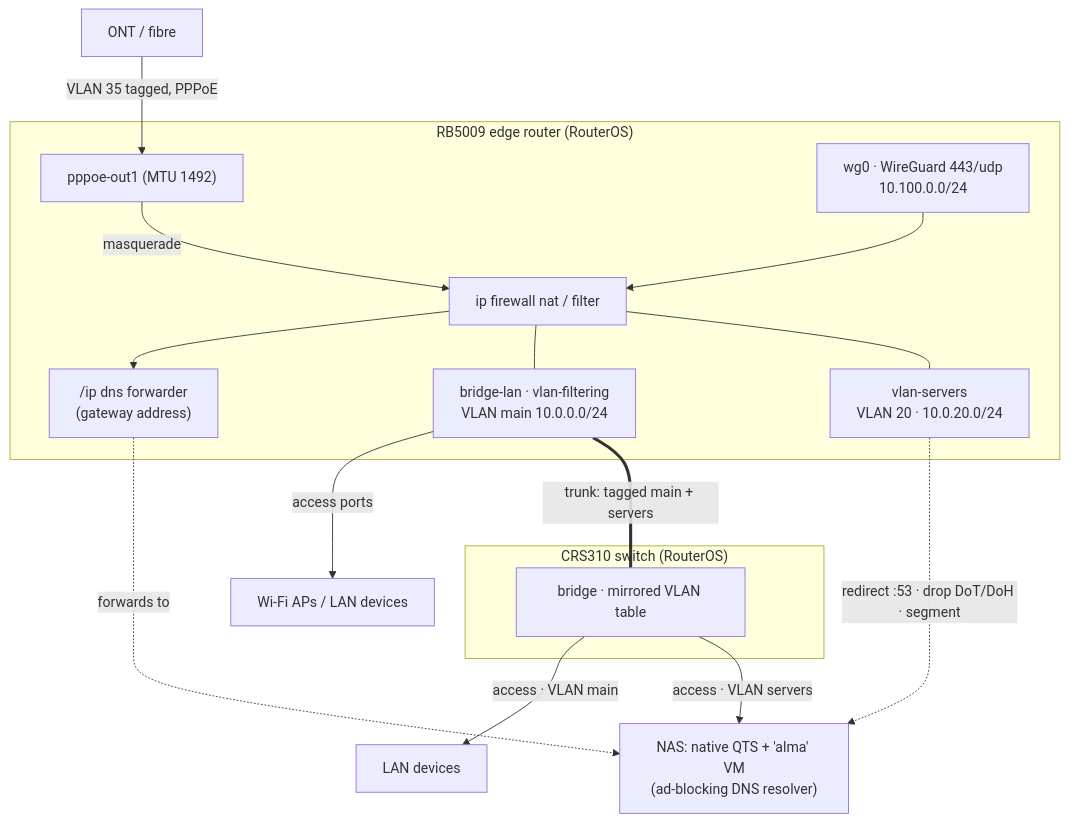
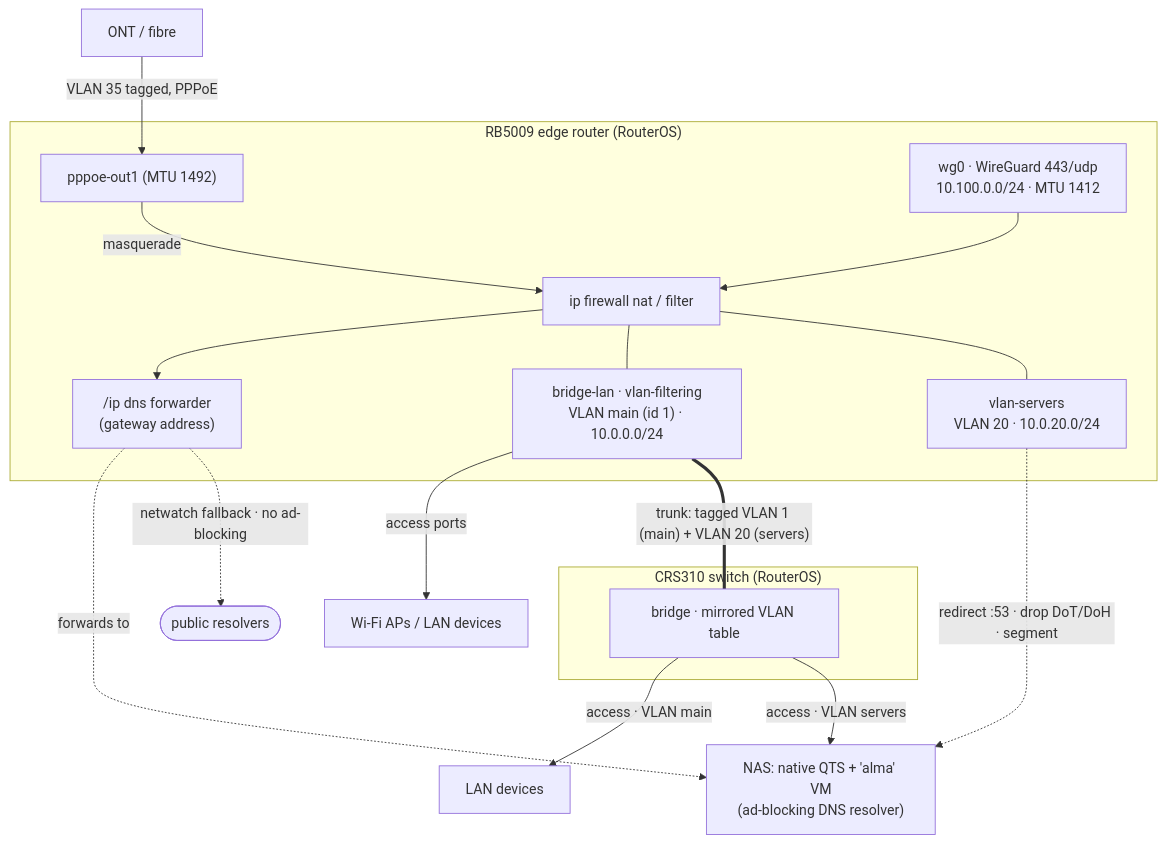
The diagram in README.md (KrzysztofKaletkaDev/ansible-network-template), drawn with Mermaid before and after one commit. The commit also changed other lines of this file, not shown here.

Commit message:
docs: make the README diagram state the facts the bootstrap note rests on
Verified the diagram against group_vars/all/vars.yml.example and the roles.
VLAN ids and subnets, the PPPoE uplink (VLAN 35, MTU 1492), the WireGuard
port and overlay subnet, and the trunk all matched. Three things were true in
the code but not visible in the diagram:

- VLAN main's id. The trunk rows in routeros_interfaces and routeros_switch
  put both VLANs in `tagged`, so VLAN 1 is tagged on the trunk. That is the
  fact the "bootstrap the CRS310 on a direct cable" note depends on, so both
  ids are now spelled out on the trunk edge and in a bullet next to it.
- WireGuard MTU 1412 (routeros_wg_mtu), alongside the PPPoE 1492 that was
  already shown. MSS clamping is mandatory on both interfaces.
- The Netwatch fallback edge to the public resolvers. ADR-0004 names losing
  ad-blocking during a resolver outage as a deliberate consequence; the
  diagram showed only the forward path.

````diff
--- a/README.md
+++ b/README.md
@@ -21,27 +21,28 @@
 ```mermaid
 graph TD
     ONT[ONT / fibre] -->|VLAN 35 tagged, PPPoE| PPP
 
     subgraph rb5009 ["RB5009 edge router (RouterOS)"]
         PPP["pppoe-out1 (MTU 1492)"] -->|masquerade| NAT
         NAT["ip firewall nat / filter"] --> RDNS["/ip dns forwarder<br/>(gateway address)"]
-        WG["wg0 · WireGuard 443/udp<br/>10.100.0.0/24"] --> NAT
-        BR["bridge-lan · vlan-filtering<br/>VLAN main 10.0.0.0/24"]
+        WG["wg0 · WireGuard 443/udp<br/>10.100.0.0/24 · MTU 1412"] --> NAT
+        BR["bridge-lan · vlan-filtering<br/>VLAN main (id 1) · 10.0.0.0/24"]
         VS["vlan-servers<br/>VLAN 20 · 10.0.20.0/24"]
         NAT --- BR
         NAT --- VS
     end
 
     BR -->|access ports| Wifi[Wi-Fi APs / LAN devices]
-    BR ===|trunk: tagged main + servers| CRS
+    BR ===|"trunk: tagged VLAN 1 (main) + VLAN 20 (servers)"| CRS
 
     subgraph crs310 ["CRS310 switch (RouterOS)"]
         CRS["bridge · mirrored VLAN table"]
     end
 
     CRS -->|access · VLAN main| MoreLAN[LAN devices]
     CRS -->|access · VLAN servers| NAS["NAS: native QTS + 'alma' VM<br/>(ad-blocking DNS resolver)"]
 
     RDNS -.->|forwards to| NAS
+    RDNS -.->|"netwatch fallback · no ad-blocking"| PUB([public resolvers])
     VS -.->|"redirect :53 · drop DoT/DoH · segment"| NAS
 ```
````
